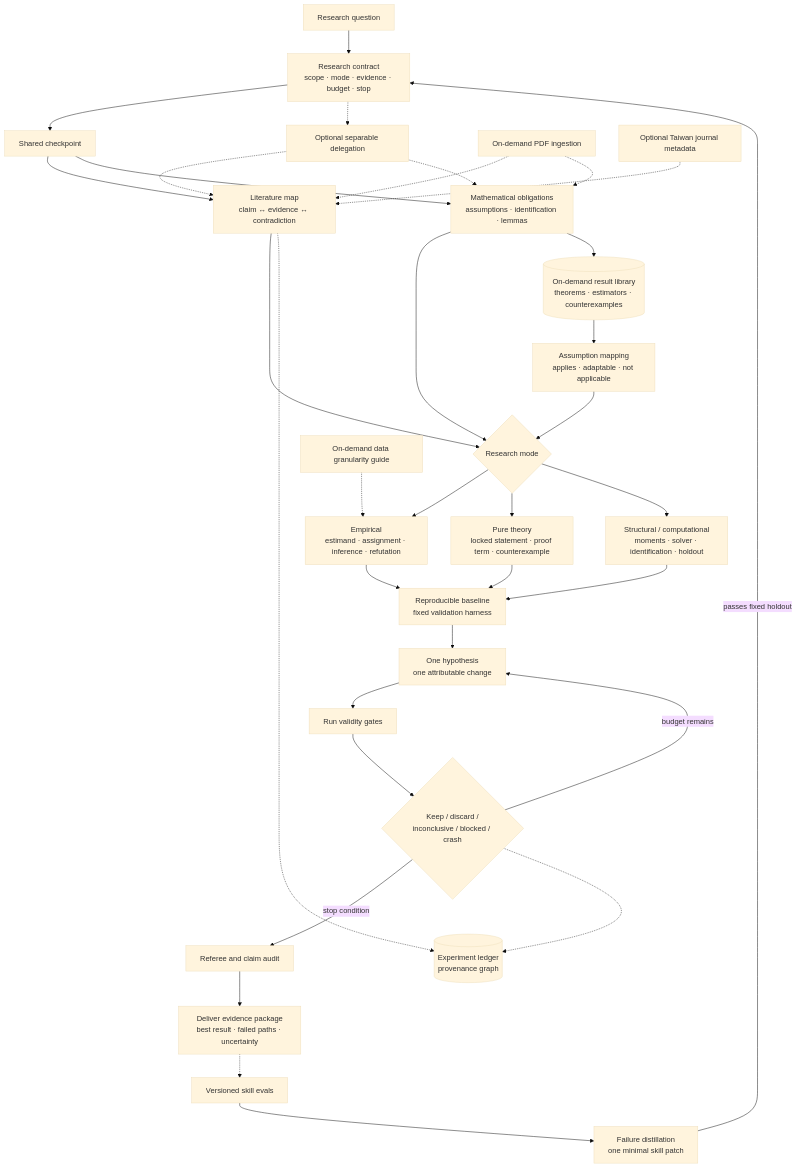
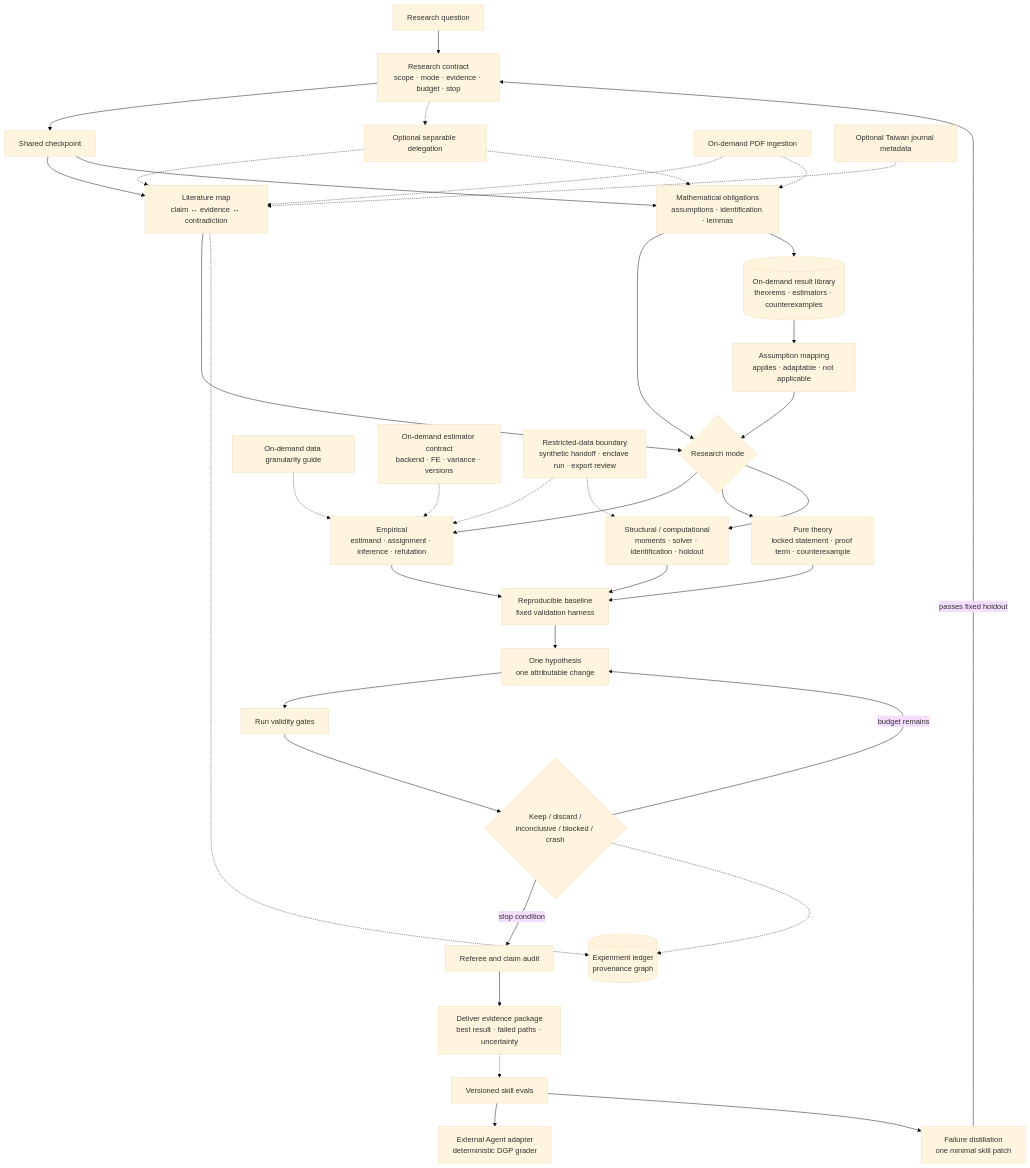
One commit to Tohskcid/econ-research-lab changed the diagram in README.md. Above: the diagram before and after it, drawn with Mermaid (base theme). The commit also changed other lines of this file and 27 other files, not shown here.

````diff
--- a/README.md
+++ b/README.md
@@ -17,40 +17,44 @@
 ```mermaid
 flowchart TD
     Q[Research question] --> C[Research contract<br/>scope · mode · evidence · budget · stop]
     C --> S[Shared checkpoint]
     C -.-> O[Optional separable delegation]
     S --> L[Literature map<br/>claim ↔ evidence ↔ contradiction]
     S --> M[Mathematical obligations<br/>assumptions · identification · lemmas]
     O -.-> L
     O -.-> M
     L --> R{Research mode}
     M --> R
     M --> LIB[(On-demand result library<br/>theorems · estimators · counterexamples)]
     LIB --> MAP[Assumption mapping<br/>applies · adaptable · not applicable]
     MAP --> R
 
     R --> E[Empirical<br/>estimand · assignment · inference · refutation]
     R --> T[Pure theory<br/>locked statement · proof term · counterexample]
     R --> X[Structural / computational<br/>moments · solver · identification · holdout]
 
     PDF[On-demand PDF ingestion] -.-> L
     PDF -.-> M
     GRAN[On-demand data granularity guide] -.-> E
+    EST[On-demand estimator contract<br/>backend · FE · variance · versions] -.-> E
+    SAFE[Restricted-data boundary<br/>synthetic handoff · enclave run · export review] -.-> E
+    SAFE -.-> X
     JR[Optional Taiwan journal metadata] -.-> L
 
     E --> B[Reproducible baseline<br/>fixed validation harness]
     T --> B
     X --> B
     B --> H[One hypothesis<br/>one attributable change]
     H --> V[Run validity gates]
     V --> K{Keep / discard /<br/>inconclusive / blocked / crash}
     K -->|budget remains| H
     K -->|stop condition| A[Referee and claim audit]
     A --> D[Deliver evidence package<br/>best result · failed paths · uncertainty]
 
     K -.-> P[(Experiment ledger<br/>provenance graph)]
     L -.-> P
     D -.-> EV[Versioned skill evals]
+    EV --> DGP[External Agent adapter<br/>deterministic DGP grader]
     EV --> SE[Failure distillation<br/>one minimal skill patch]
     SE -->|passes fixed holdout| C
 ```
````
